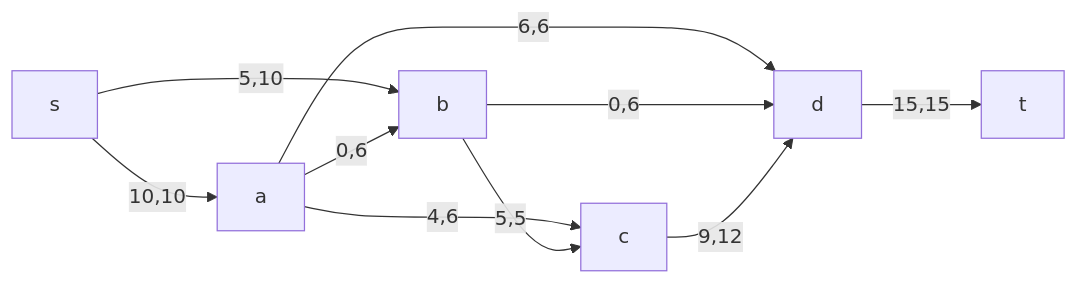
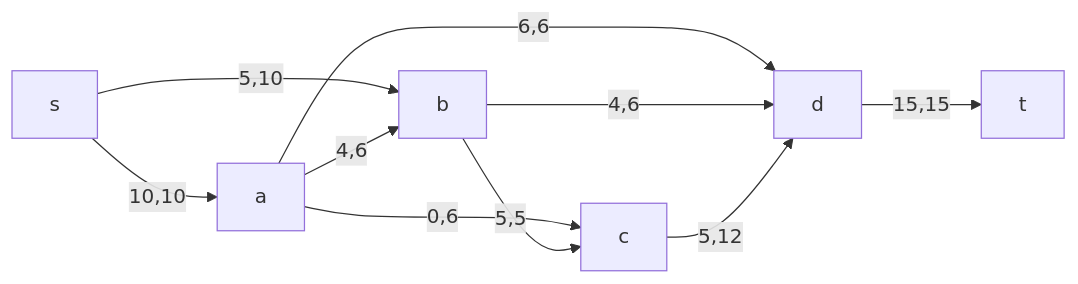
Before and after one commit to hse-algo-24-owl/manual-tasks-owl: the sixth of 11 diagrams in task-10/noname.md, drawn with Mermaid. The commit also changed other lines of this file, not shown here.

````diff
--- a/task-10/noname.md
+++ b/task-10/noname.md
@@ -87,12 +87,12 @@
 ```mermaid
 graph LR
     s-->|10,10|a
     s-->|5,10|b
-    a-->|0,6|b
+    a-->|4,6|b
     a-->|6,6|d
-    a-->|4,6|c
-    b-->|0,6|d
-    c-->|9,12|d
+    a-->|0,6|c
+    b-->|4,6|d
+    c-->|5,12|d
     d-->|15,15|t
     b-->|5,5|c
 ```
````
